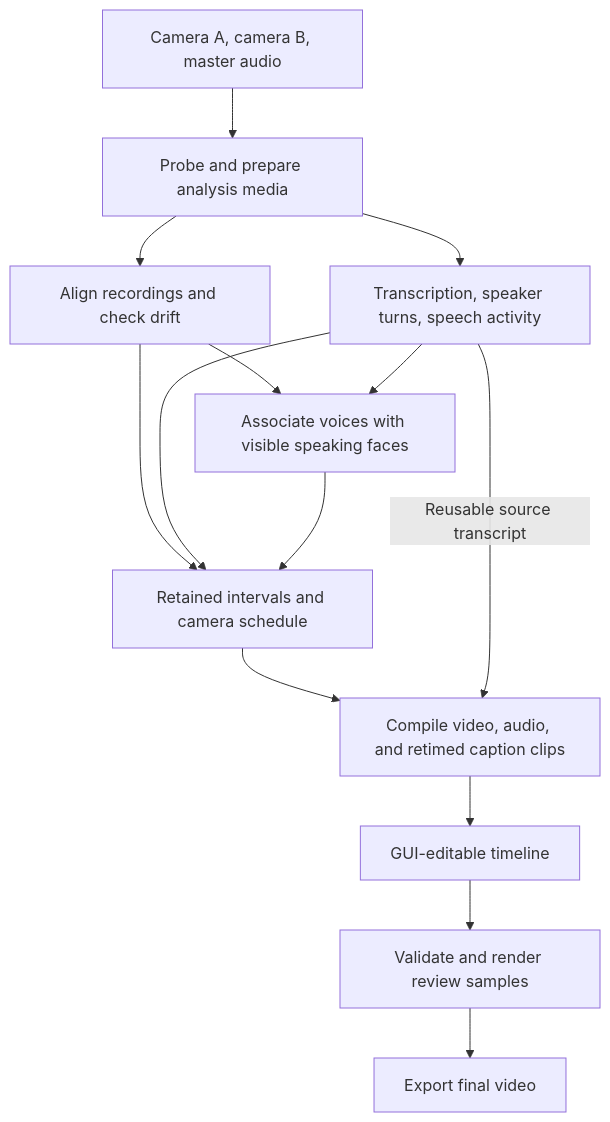
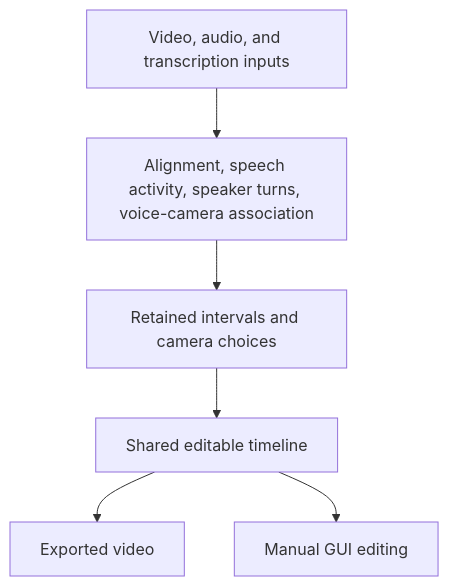
Before and after one commit to waterblower/opencut: the third of 3 diagrams in rust/src/cli/PLAN.md, drawn with Mermaid. The commit also changed other lines of this file and 53 other files, not shown here.

First line of the commit message:
Unify CLI and editor timeline models

````diff
--- a/rust/src/cli/PLAN.md
+++ b/rust/src/cli/PLAN.md
@@ -109,27 +111,10 @@
 ```mermaid
 flowchart TD
-    Inputs[Camera A, camera B, master audio]
-    Prep[Probe and prepare analysis media]
-    Sync[Align recordings and check drift]
-    Speech[Transcription, speaker turns, speech activity]
-    Match[Associate voices with visible speaking faces]
-    Decide[Retained intervals and camera schedule]
-    Compile[Compile video, audio, and retimed caption clips]
-    Timeline[GUI-editable timeline]
-    Verify[Validate and render review samples]
-    Export[Export final video]
-
-    Inputs --> Prep
-    Prep --> Sync
-    Prep --> Speech
-    Sync --> Match
-    Speech --> Match
-    Sync --> Decide
-    Speech --> Decide
-    Match --> Decide
-    Decide --> Compile
-    Compile --> Timeline
-    Timeline --> Verify
-    Verify --> Export
-    Speech -->|Reusable source transcript| Compile
+    Inputs[Video, audio, and transcription inputs]
+    Analysis[Alignment, speech activity, speaker turns, voice-camera association]
+    Decisions[Retained intervals and camera choices]
+    Timeline[Shared editable timeline]
+    Video[Exported video]
+    Inputs --> Analysis --> Decisions --> Timeline --> Video
+    Timeline --> GUI[Manual GUI editing]
 ```
````
